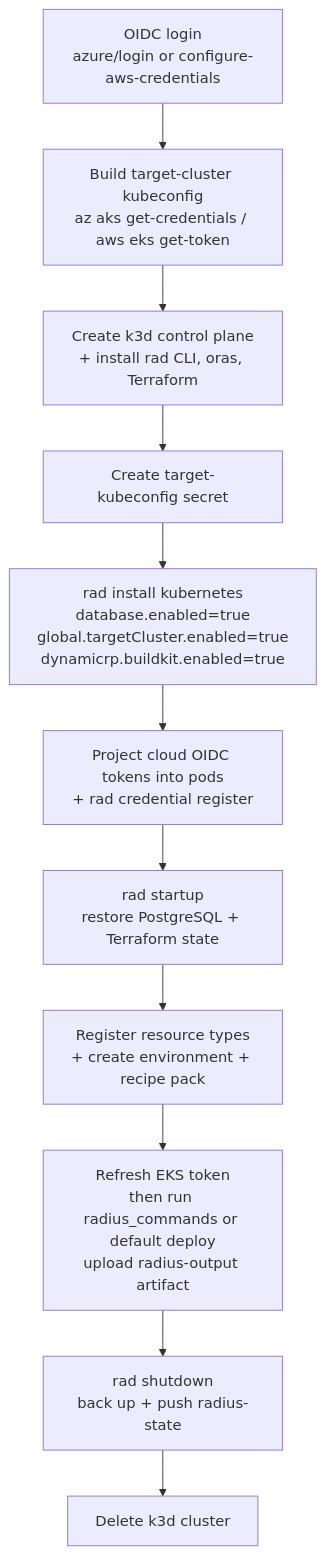
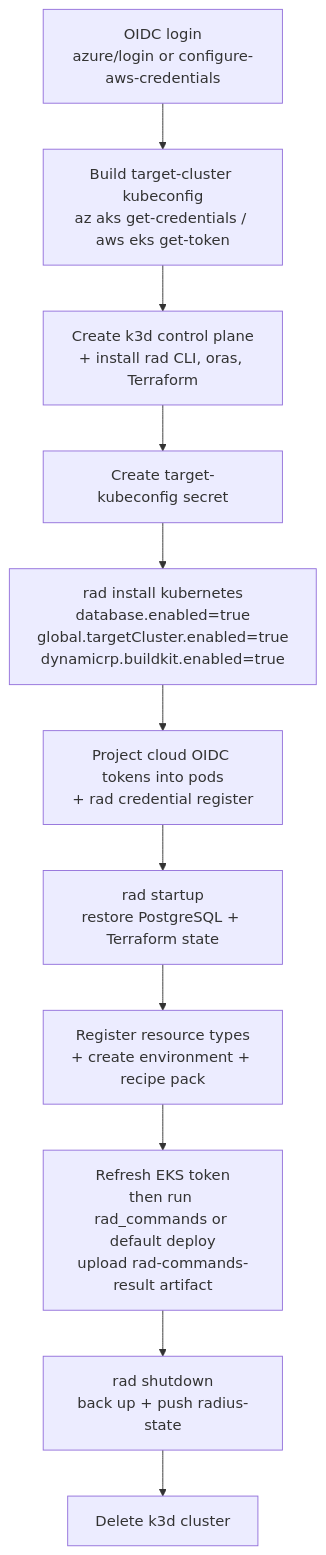
One commit to radius-project/radius changed the diagram in eng/design-notes/environments/2026-06-repo-radius-deploy-workflow.md. Above: the diagram before and after it, drawn with Mermaid. The commit also changed other lines of this file and 1 other file, not shown here.

First line of the commit message:
feat(workflow): align run-rad-commands with the updated contract

````diff
--- a/eng/design-notes/environments/2026-06-repo-radius-deploy-workflow.md
+++ b/eng/design-notes/environments/2026-06-repo-radius-deploy-workflow.md
@@ -70,13 +76,13 @@
 ```mermaid
 flowchart TD
     A[OIDC login<br/>azure/login or configure-aws-credentials] --> B[Build target-cluster kubeconfig<br/>az aks get-credentials / aws eks get-token]
     B --> C[Create k3d control plane<br/>+ install rad CLI, oras, Terraform]
     C --> D[Create target-kubeconfig secret]
     D --> E[rad install kubernetes<br/>database.enabled=true<br/>global.targetCluster.enabled=true<br/>dynamicrp.buildkit.enabled=true]
     E --> F[Project cloud OIDC tokens into pods<br/>+ rad credential register]
     F --> G[rad startup<br/>restore PostgreSQL + Terraform state]
     G --> H[Register resource types<br/>+ create environment + recipe pack]
-    H --> I[Refresh EKS token<br/>then run radius_commands or default deploy<br/>upload radius-output artifact]
+    H --> I[Refresh EKS token<br/>then run rad_commands or default deploy<br/>upload rad-commands-result artifact]
     I --> J[rad shutdown<br/>back up + push radius-state]
     J --> K[Delete k3d cluster]
 ```
````
